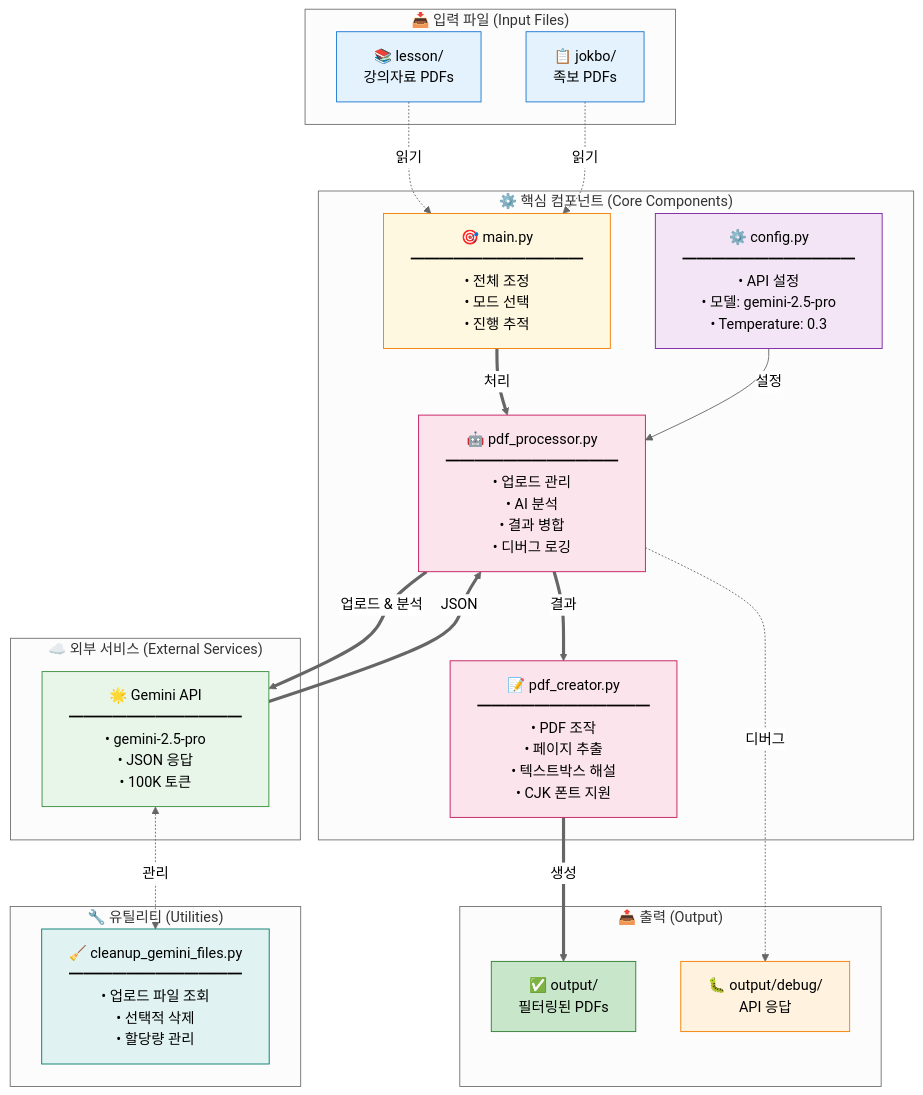
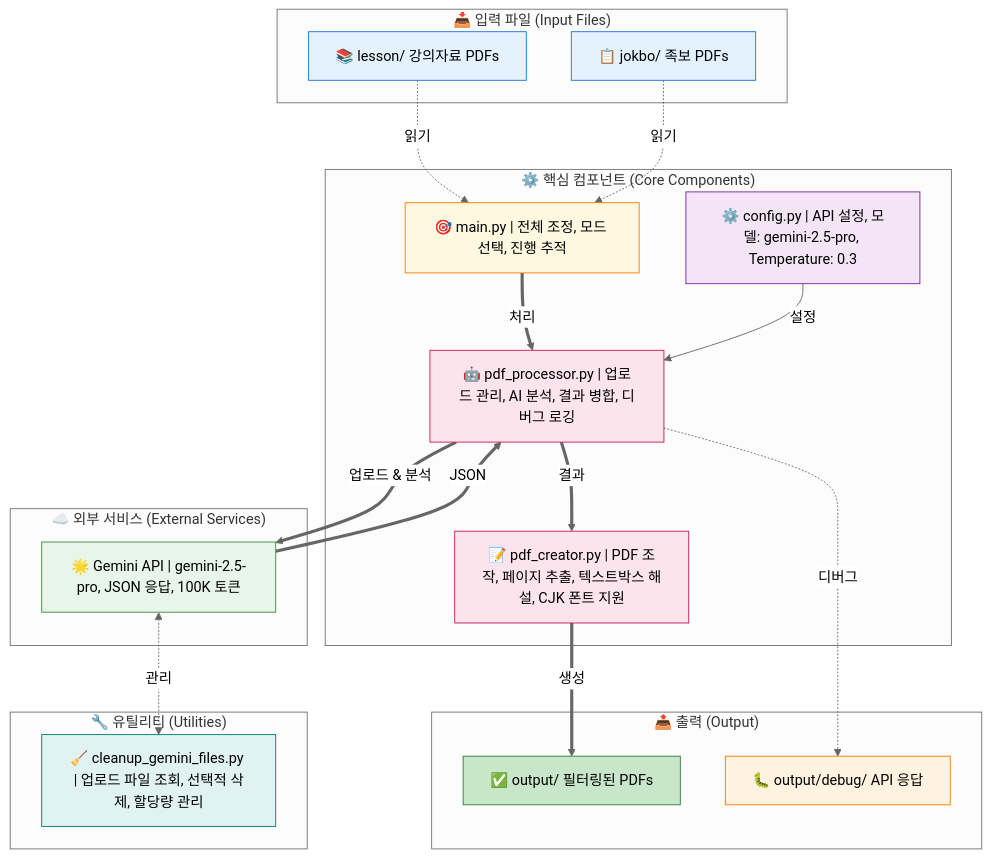
Before and after one commit to ksw6895/jokbodude: diagram 13 of 39 in architecture.md, drawn with Mermaid (neutral theme). The commit also changed other lines of this file, not shown here.

First line of the commit message:
fix: architecture.md Mermaid 다이어그램 파싱 오류 수정

````diff
--- a/architecture.md
+++ b/architecture.md
@@ -725,49 +725,49 @@
 ```mermaid
 graph TB
     subgraph "📥 입력 파일 (Input Files)"
-        A1["📚 lesson/<br/>강의자료 PDFs"]
-        A2["📋 jokbo/<br/>족보 PDFs"]
+        A1["📚 lesson/ 강의자료 PDFs"]
+        A2["📋 jokbo/ 족보 PDFs"]
     end
     
     subgraph "⚙️ 핵심 컴포넌트 (Core Components)"
-        B1["🎯 main.py<br/>━━━━━━━━━━━━<br/>• 전체 조정<br/>• 모드 선택<br/>• 진행 추적"]
-        B2["⚙️ config.py<br/>━━━━━━━━━━━━<br/>• API 설정<br/>• 모델: gemini-2.5-pro<br/>• Temperature: 0.3"]
-        B3["🤖 pdf_processor.py<br/>━━━━━━━━━━━━<br/>• 업로드 관리<br/>• AI 분석<br/>• 결과 병합<br/>• 디버그 로깅"]
-        B4["📝 pdf_creator.py<br/>━━━━━━━━━━━━<br/>• PDF 조작<br/>• 페이지 추출<br/>• 텍스트박스 해설<br/>• CJK 폰트 지원"]
+        B1["🎯 main.py | 전체 조정, 모드 선택, 진행 추적"]
+        B2["⚙️ config.py | API 설정, 모델: gemini-2.5-pro, Temperature: 0.3"]
+        B3["🤖 pdf_processor.py | 업로드 관리, AI 분석, 결과 병합, 디버그 로깅"]
+        B4["📝 pdf_creator.py | PDF 조작, 페이지 추출, 텍스트박스 해설, CJK 폰트 지원"]
     end
     
     subgraph "☁️ 외부 서비스 (External Services)"
-        C1["🌟 Gemini API<br/>━━━━━━━━━━━━<br/>• gemini-2.5-pro<br/>• JSON 응답<br/>• 100K 토큰"]
+        C1["🌟 Gemini API | gemini-2.5-pro, JSON 응답, 100K 토큰"]
     end
     
     subgraph "📤 출력 (Output)"
-        D1["✅ output/<br/>필터링된 PDFs"]
-        D2["🐛 output/debug/<br/>API 응답"]
+        D1["✅ output/ 필터링된 PDFs"]
+        D2["🐛 output/debug/ API 응답"]
     end
     
     subgraph "🔧 유틸리티 (Utilities)"
-        E1["🧹 cleanup_gemini_files.py<br/>━━━━━━━━━━━━<br/>• 업로드 파일 조회<br/>• 선택적 삭제<br/>• 할당량 관리"]
+        E1["🧹 cleanup_gemini_files.py | 업로드 파일 조회, 선택적 삭제, 할당량 관리"]
     end
     
     A1 -.->|읽기| B1
     A2 -.->|읽기| B1
     B1 ==>|처리| B3
     B2 -->|설정| B3
     B3 ==>|업로드 & 분석| C1
     C1 ==>|JSON| B3
     B3 ==>|결과| B4
     B3 -.->|디버그| D2
     B4 ==>|생성| D1
     C1 <-.->|관리| E1
     
     style A1 fill:#e3f2fd,stroke:#1976d2
     style A2 fill:#e3f2fd,stroke:#1976d2
     style B1 fill:#fff8e1,stroke:#f57c00
     style B2 fill:#f3e5f5,stroke:#7b1fa2
     style B3 fill:#fce4ec,stroke:#c2185b
     style B4 fill:#fce4ec,stroke:#c2185b
     style C1 fill:#e8f5e9,stroke:#388e3c
     style D1 fill:#c8e6c9,stroke:#2e7d32
     style D2 fill:#fff3e0,stroke:#f57c00
     style E1 fill:#e0f2f1,stroke:#00796b
 ```
````
